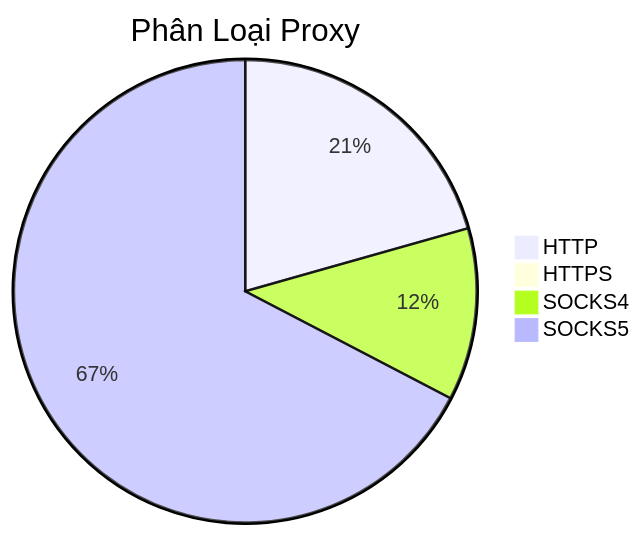
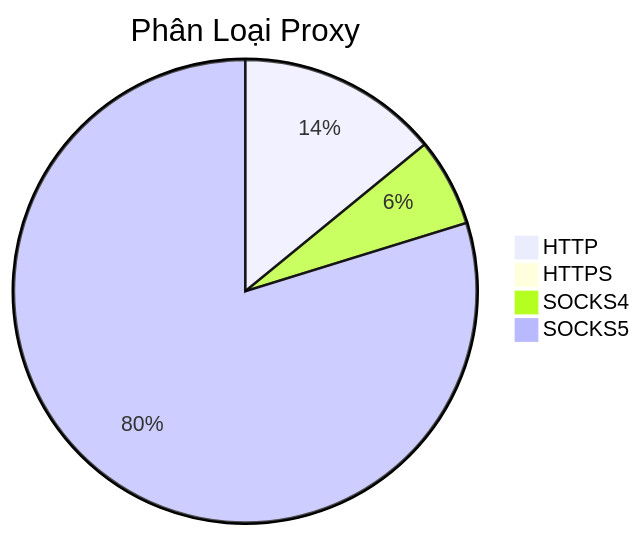
One commit to Ciara-Aa/PROXY-free changed the diagram in README.md. Above: the diagram before and after it, drawn with Mermaid. The commit also changed other lines of this file and 4 other files, not shown here.

````diff
--- a/README.md
+++ b/README.md
@@ -26,7 +26,7 @@
 ```mermaid
 pie title Phân Loại Proxy
-    "HTTP" : 413
-    "HTTPS" : 1
-    "SOCKS4" : 241
-    "SOCKS5" : 1349
+    "HTTP" : 472
+    "HTTPS" : 0
+    "SOCKS4" : 206
+    "SOCKS5" : 2673
 ```
````
